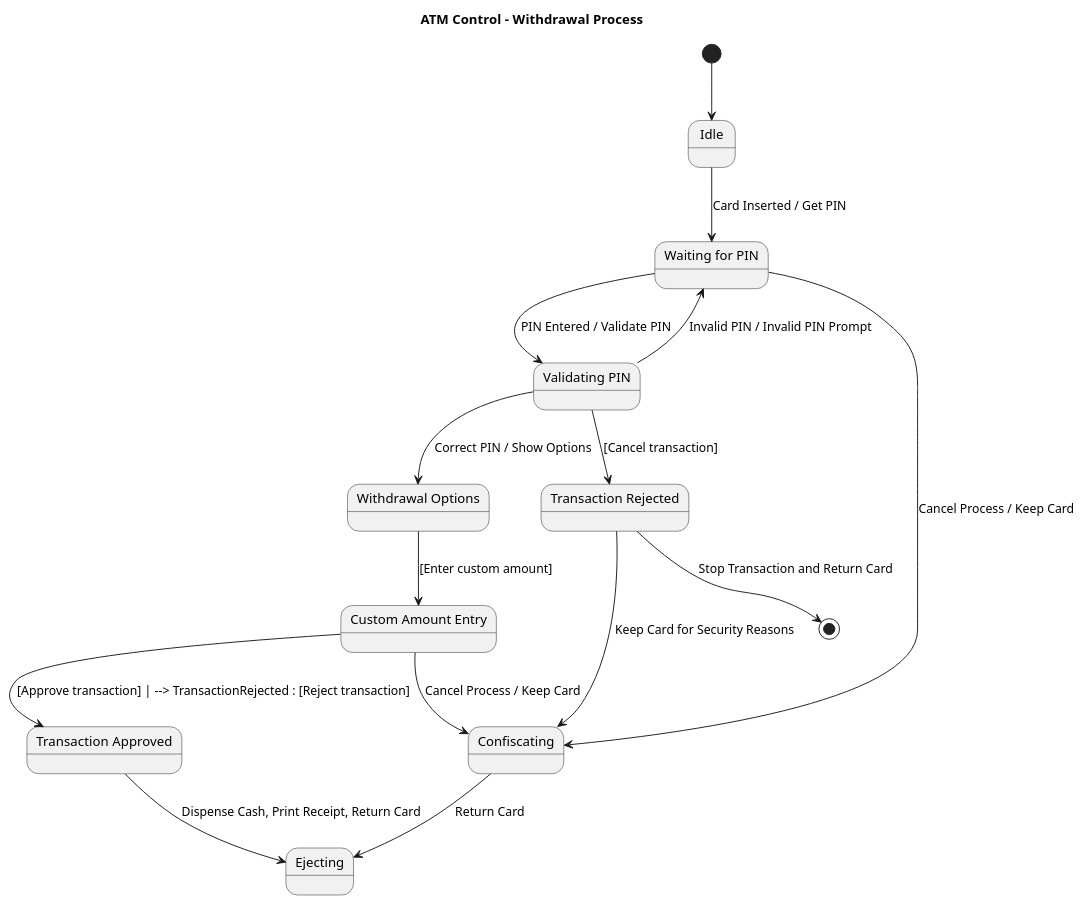
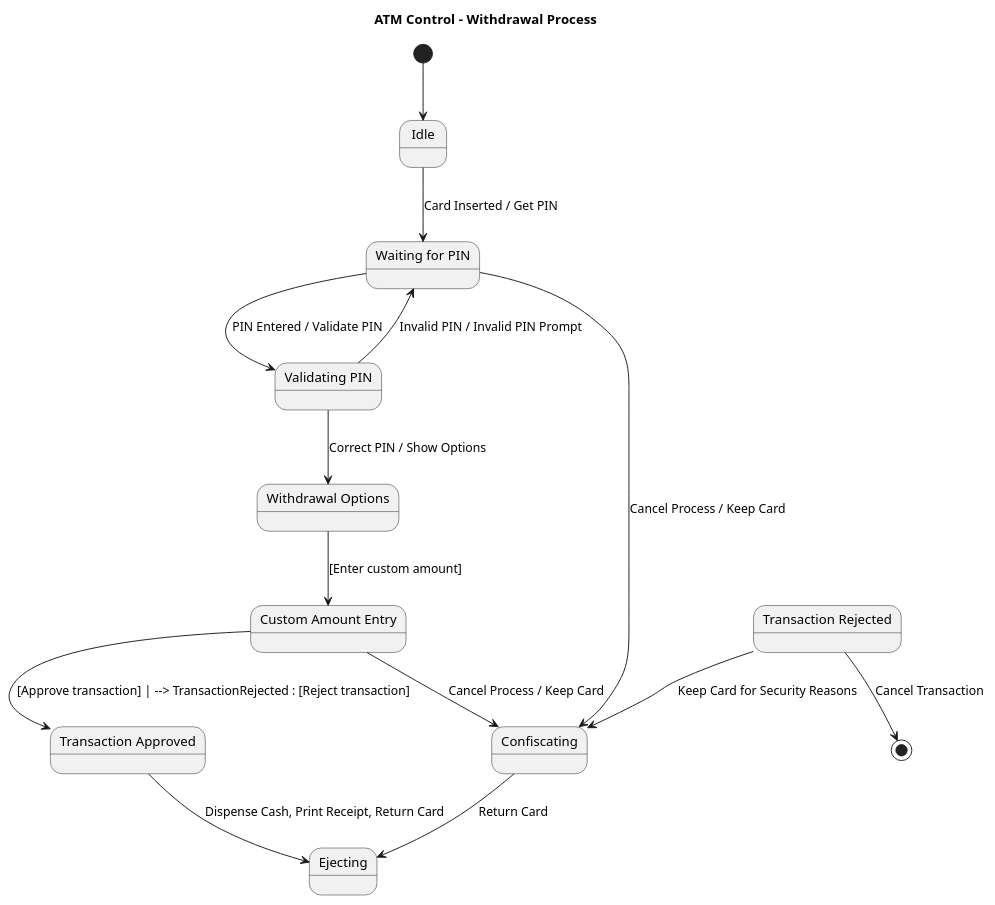
The diagram in results/plantuml_pipeline_run3/runs/open_source__qwen25_7b_instruct__rag_validation_generator_critic_repair/case_59_atm_1/run_01.puml (maimunafaria/State_transition_Diagram_generated_by_LLM), drawn with PlantUML before and after one commit. The commit also changed 814 other files, not shown here.

```diff
--- a/results/plantuml_pipeline_run3/runs/open_source__qwen25_7b_instruct__rag_validation_generator_critic_repair/case_59_atm_1/run_01.puml
+++ b/results/plantuml_pipeline_run3/runs/open_source__qwen25_7b_instruct__rag_validation_generator_critic_repair/case_59_atm_1/run_01.puml
@@ -1,36 +1,34 @@
 @startuml
 title ATM Control - Withdrawal Process
 
 [*] --> Idle
 
 state Idle
 state "Waiting for PIN" as WaitingForPIN
 state "Validating PIN" as ValidatingPIN
 state "Withdrawal Options" as WithdrawalOptions
 state "Custom Amount Entry" as CustomAmountEntry
 state "Transaction Approved" as TransactionApproved
 state "Transaction Rejected" as TransactionRejected
 state Confiscating
 state Ejecting
 
 Idle --> WaitingForPIN : Card Inserted / Get PIN
 
 WaitingForPIN --> ValidatingPIN : PIN Entered / Validate PIN
 ValidatingPIN --> WaitingForPIN : Invalid PIN / Invalid PIN Prompt
 ValidatingPIN --> WithdrawalOptions : Correct PIN / Show Options
 
 WithdrawalOptions --> CustomAmountEntry : [Enter custom amount]
 CustomAmountEntry --> TransactionApproved : [Approve transaction] | --> TransactionRejected : [Reject transaction]
 
 TransactionApproved --> Ejecting : Dispense Cash, Print Receipt, Return Card
 TransactionRejected --> Confiscating : Keep Card for Security Reasons
 Confiscating --> Ejecting : Return Card
 
 WaitingForPIN --> Confiscating : Cancel Process / Keep Card
 CustomAmountEntry --> Confiscating : Cancel Process / Keep Card
 
-TransactionRejected --> [*] : Stop Transaction and Return Card
-
-ValidatingPIN --> TransactionRejected : [Cancel transaction]
+TransactionRejected --> [*] : Cancel Transaction
 
 @enduml
```
